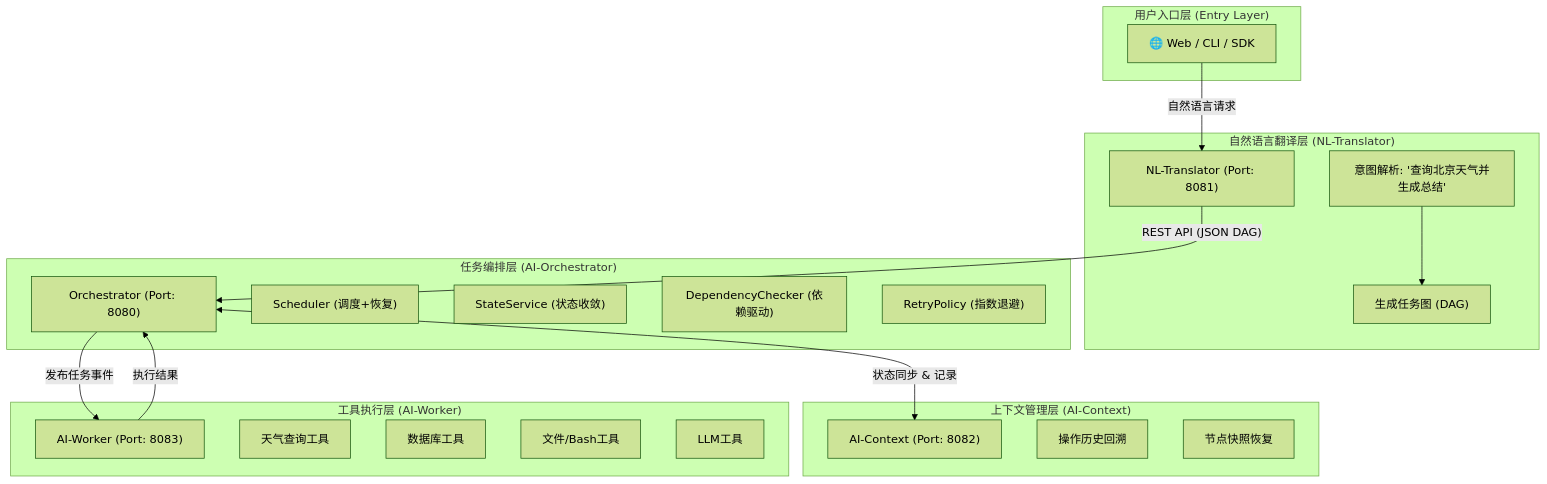
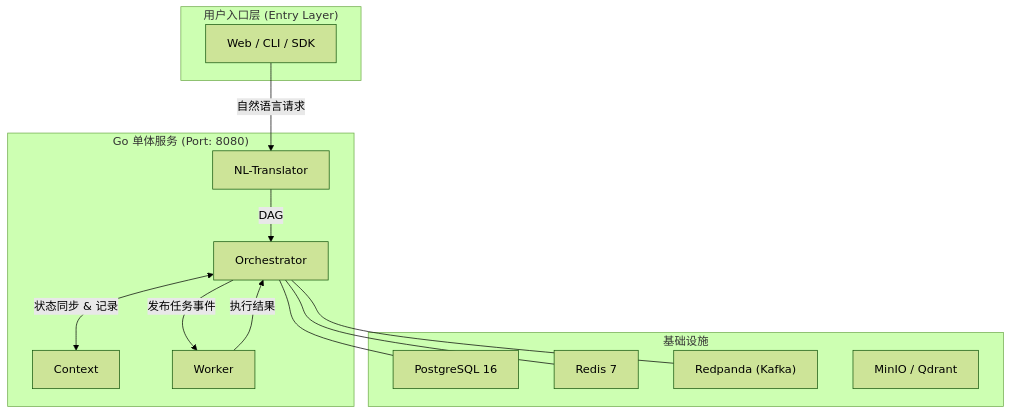
Before and after one commit to SUSTechWLA/lingxi-ai-operation-system: the diagram in README.md, drawn with Mermaid (forest theme). The commit also changed other lines of this file and 180 other files, not shown here.

````diff
--- a/README.md
+++ b/README.md
@@ -51,39 +49,29 @@
 ```mermaid
 graph TD
     subgraph "用户入口层 (Entry Layer)"
-        A[🌐 Web / CLI / SDK]
+        A[Web / CLI / SDK]
     end
 
-    subgraph "自然语言翻译层 (NL-Translator)"
-        B["NL-Translator (Port: 8081)"]
-        B1["意图解析: '查询北京天气并生成总结'"] --> B2["生成任务图 (DAG)"]
+    subgraph "Go 单体服务 (Port: 8080)"
+        B["NL-Translator"]
+        C["Orchestrator"]
+        D["Context"]
+        E["Worker"]
     end
 
-    subgraph "任务编排层 (AI-Orchestrator)"
-        C["Orchestrator (Port: 8080)"]
-        C1["Scheduler (调度+恢复)"]
-        C2["StateService (状态收敛)"]
-        C3["DependencyChecker (依赖驱动)"]
-        C4["RetryPolicy (指数退避)"]
-    end
-
-    subgraph "上下文管理层 (AI-Context)"
-        D["AI-Context (Port: 8082)"]
-        D1["操作历史回溯"]
-        D2["节点快照恢复"]
-    end
-
-    subgraph "工具执行层 (AI-Worker)"
-        E["AI-Worker (Port: 8083)"]
-        E1["天气查询工具"]
-        E2["数据库工具"]
-        E3["文件/Bash工具"]
-        E4["LLM工具"]
+    subgraph "基础设施"
+        F["PostgreSQL 16"]
+        G["Redis 7"]
+        H["Redpanda (Kafka)"]
+        I["MinIO / Qdrant"]
     end
 
     A -->|"自然语言请求"| B
-    B -->|"REST API (JSON DAG)"| C
+    B -->|"DAG"| C
     C <-->|"状态同步 & 记录"| D
     C -->|"发布任务事件"| E
     E -->|"执行结果"| C
+    C --- F
+    C --- G
+    C --- H
 ```
````
